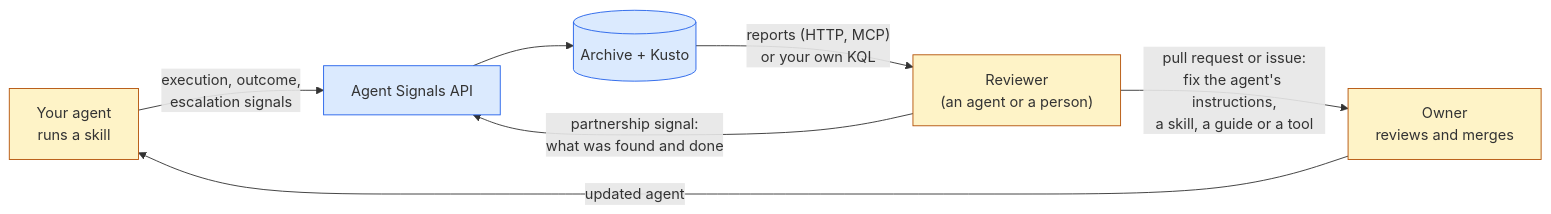
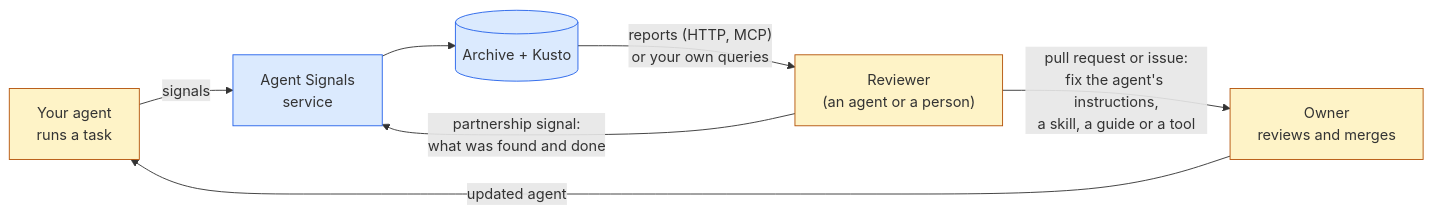
The diagram in docs/improving-agents.md (jmprieur/agent-signals-service), drawn with Mermaid before and after one commit. The commit also changed other lines of this file and 10 other files, not shown here.

````diff
--- a/docs/improving-agents.md
+++ b/docs/improving-agents.md
@@ -16,14 +24,14 @@
 ```mermaid
 flowchart LR
-    Agent["Your agent<br/>runs a skill"] -->|"execution, outcome,<br/>escalation signals"| API["Agent Signals API"]
+    Agent["Your agent<br/>runs a task"] -->|"signals"| API["Agent Signals<br/>service"]
     API --> Store[("Archive + Kusto")]
-    Store -->|"reports (HTTP, MCP)<br/>or your own KQL"| Reviewer["Reviewer<br/>(an agent or a person)"]
+    Store -->|"reports (HTTP, MCP)<br/>or your own queries"| Reviewer["Reviewer<br/>(an agent or a person)"]
     Reviewer -->|"pull request or issue:<br/>fix the agent's instructions,<br/>a skill, a guide or a tool"| Owner["Owner<br/>reviews and merges"]
     Owner -->|"updated agent"| Agent
     Reviewer -->|"partnership signal:<br/>what was found and done"| API
 
     classDef provided fill:#dbeafe,stroke:#2563eb;
     classDef yours fill:#fef3c7,stroke:#b45309;
     class API,Store provided;
     class Agent,Reviewer,Owner yours;
 ```
````
